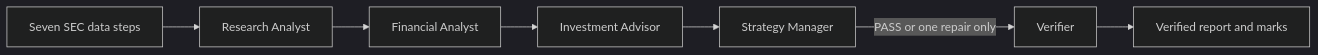
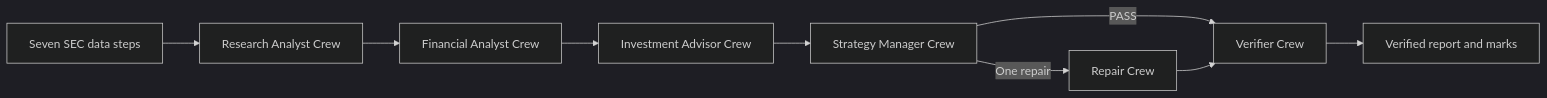
Before and after one commit to ShachiKaushik1742/Equity-Analyst-Project: the diagram in week03/README.md, drawn with Mermaid (dark theme). The commit also changed other lines of this file and 49 other files, not shown here.

Commit message:
Use CrewAI Flow and sequential process for Week 3

````diff
--- a/week03/README.md
+++ b/week03/README.md
@@ -33,9 +30,11 @@
 ```mermaid
 flowchart LR
-  A[Seven SEC data steps] --> B[Research Analyst]
-  B --> C[Financial Analyst]
-  C --> D[Investment Advisor]
-  D --> E[Strategy Manager]
-  E -->|PASS or one repair only| F[Verifier]
-  F --> G[Verified report and marks]
+  A[Seven SEC data steps] --> B[Research Analyst Crew]
+  B --> C[Financial Analyst Crew]
+  C --> D[Investment Advisor Crew]
+  D --> E[Strategy Manager Crew]
+  E -->|PASS| G[Verifier Crew]
+  E -->|One repair| F[Repair Crew]
+  F --> G
+  G --> H[Verified report and marks]
 ```
````
